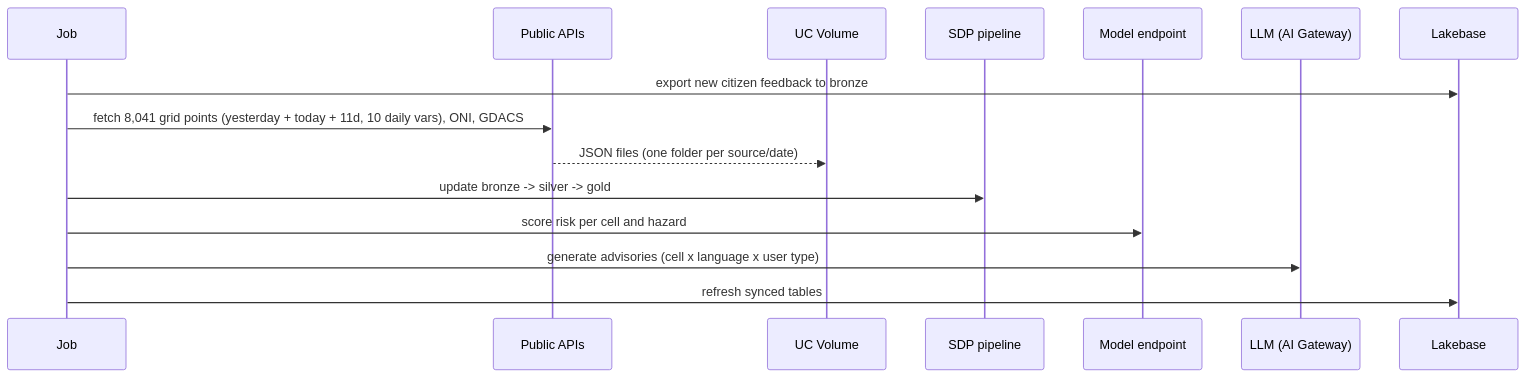
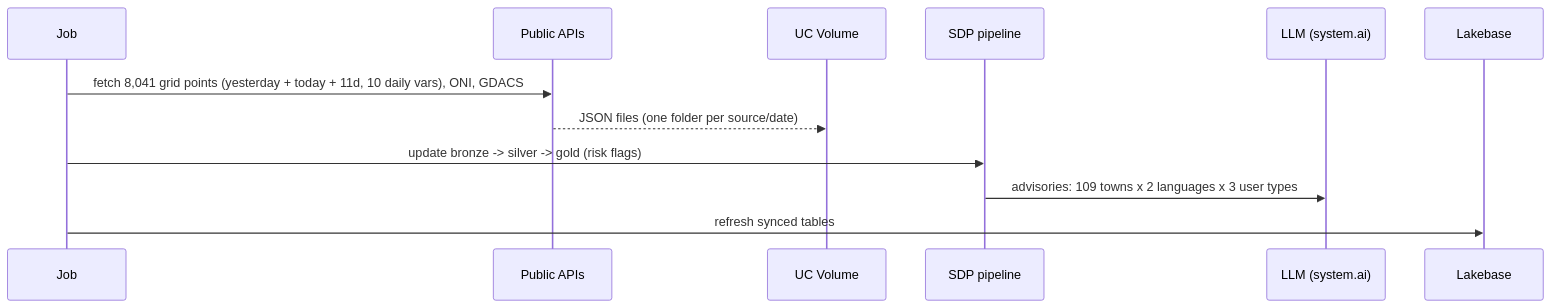
The third of 5 diagrams in e2e_industry_solutions/weather_forecast_warning_comms/ARCHITECTURE.md (jose-alberto-salazar-jimenez/databricks_demos), drawn with Mermaid before and after one commit. The commit also changed other lines of this file and 14 other files, not shown here.

````diff
--- a/e2e_industry_solutions/weather_forecast_warning_comms/ARCHITECTURE.md
+++ b/e2e_industry_solutions/weather_forecast_warning_comms/ARCHITECTURE.md
@@ -52,17 +45,14 @@
 ```mermaid
 sequenceDiagram
   participant J as Job
   participant API as Public APIs
   participant V as UC Volume
   participant P as SDP pipeline
-  participant M as Model endpoint
-  participant L as LLM (AI Gateway)
+  participant L as LLM (system.ai)
   participant LB as Lakebase
-  J->>LB: export new citizen feedback to bronze
   J->>API: fetch 8,041 grid points (yesterday + today + 11d, 10 daily vars), ONI, GDACS
   API-->>V: JSON files (one folder per source/date)
-  J->>P: update bronze -> silver -> gold
-  J->>M: score risk per cell and hazard
-  J->>L: generate advisories (cell x language x user type)
+  J->>P: update bronze -> silver -> gold (risk flags)
+  P->>L: advisories: 109 towns x 2 languages x 3 user types
   J->>LB: refresh synced tables
 ```
````
